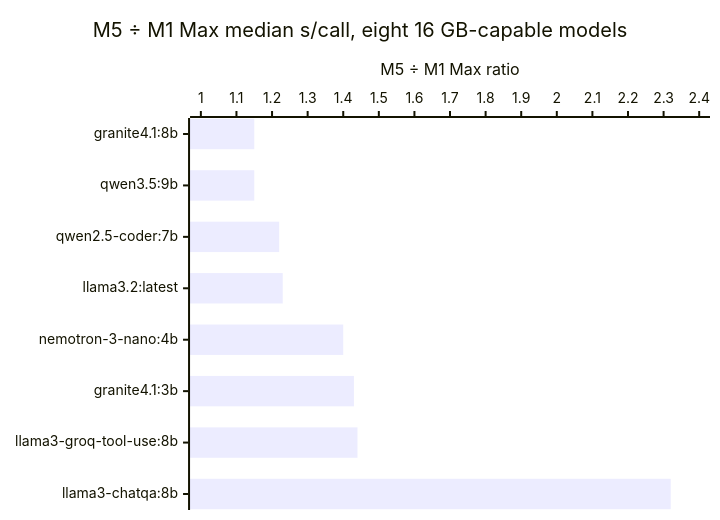
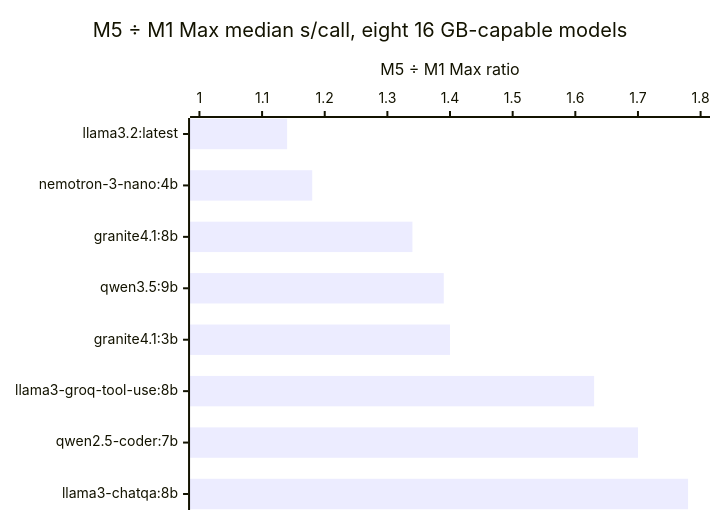
One commit to freemansoft/Flutter-AdaptiveCards changed the diagram in adaptive_chat_server_dart/blog/article-3-m1max-vs-m5-draft.md. Above: the diagram before and after it, drawn with Mermaid. The commit also changed other lines of this file and 134 other files, not shown here.

````diff
--- a/adaptive_chat_server_dart/blog/article-3-m1max-vs-m5-draft.md
+++ b/adaptive_chat_server_dart/blog/article-3-m1max-vs-m5-draft.md
@@ -132,7 +124,7 @@
 ```mermaid
 xychart-beta horizontal
     title "M5 ÷ M1 Max median s/call, eight 16 GB-capable models"
-    x-axis ["granite4.1:8b", "qwen3.5:9b", "qwen2.5-coder:7b", "llama3.2:latest", "nemotron-3-nano:4b", "granite4.1:3b", "llama3-groq-tool-use:8b", "llama3-chatqa:8b"]
-    y-axis "M5 ÷ M1 Max ratio" 1.0 --> 2.4
-    bar [1.15, 1.15, 1.22, 1.23, 1.40, 1.43, 1.44, 2.32]
+    x-axis ["llama3.2:latest", "nemotron-3-nano:4b", "granite4.1:8b", "qwen3.5:9b", "granite4.1:3b", "llama3-groq-tool-use:8b", "qwen2.5-coder:7b", "llama3-chatqa:8b"]
+    y-axis "M5 ÷ M1 Max ratio" 1.0 --> 1.8
+    bar [1.14, 1.18, 1.34, 1.39, 1.40, 1.63, 1.70, 1.78]
 ```
````
